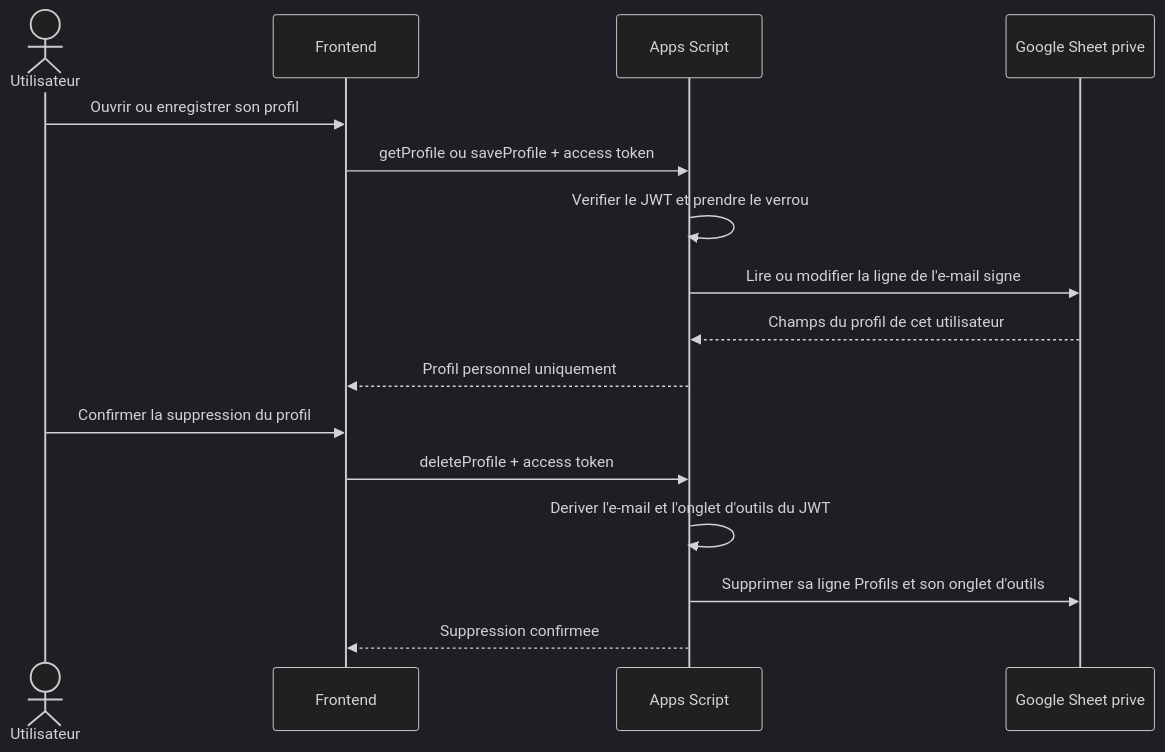
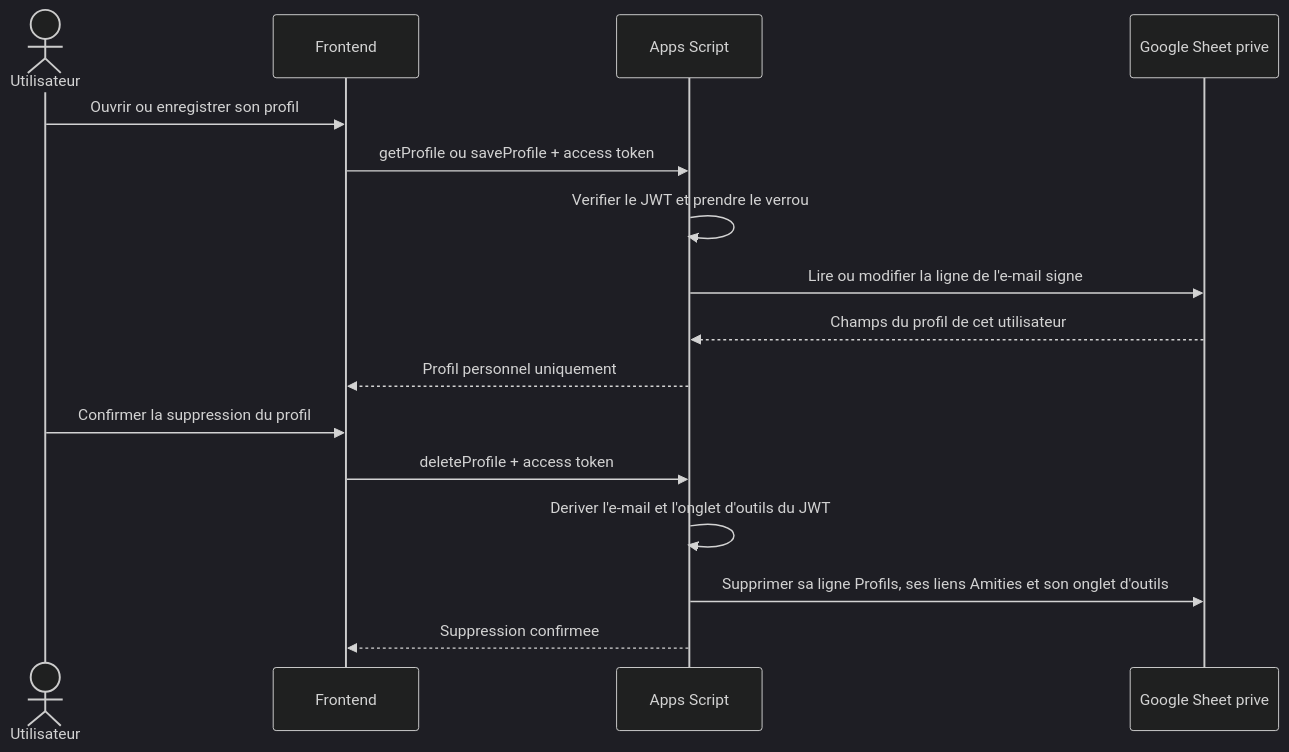
Before and after one commit to quentin1500/toolbox_share: the fourth of 5 diagrams in docs/fonctionnel.md, drawn with Mermaid (dark theme). The commit also changed other lines of this file and 12 other files, not shown here.

````diff
--- a/docs/fonctionnel.md
+++ b/docs/fonctionnel.md
@@ -203,18 +212,18 @@
 ```mermaid
 sequenceDiagram
   actor U as Utilisateur
   participant F as Frontend
   participant A as Apps Script
   participant G as Google Sheet prive
   U->>F: Ouvrir ou enregistrer son profil
   F->>A: getProfile ou saveProfile + access token
   A->>A: Verifier le JWT et prendre le verrou
   A->>G: Lire ou modifier la ligne de l'e-mail signe
   G-->>A: Champs du profil de cet utilisateur
   A-->>F: Profil personnel uniquement
   U->>F: Confirmer la suppression du profil
   F->>A: deleteProfile + access token
   A->>A: Deriver l'e-mail et l'onglet d'outils du JWT
-  A->>G: Supprimer sa ligne Profils et son onglet d'outils
+  A->>G: Supprimer sa ligne Profils, ses liens Amities et son onglet d'outils
   A-->>F: Suppression confirmee
 ```
````
